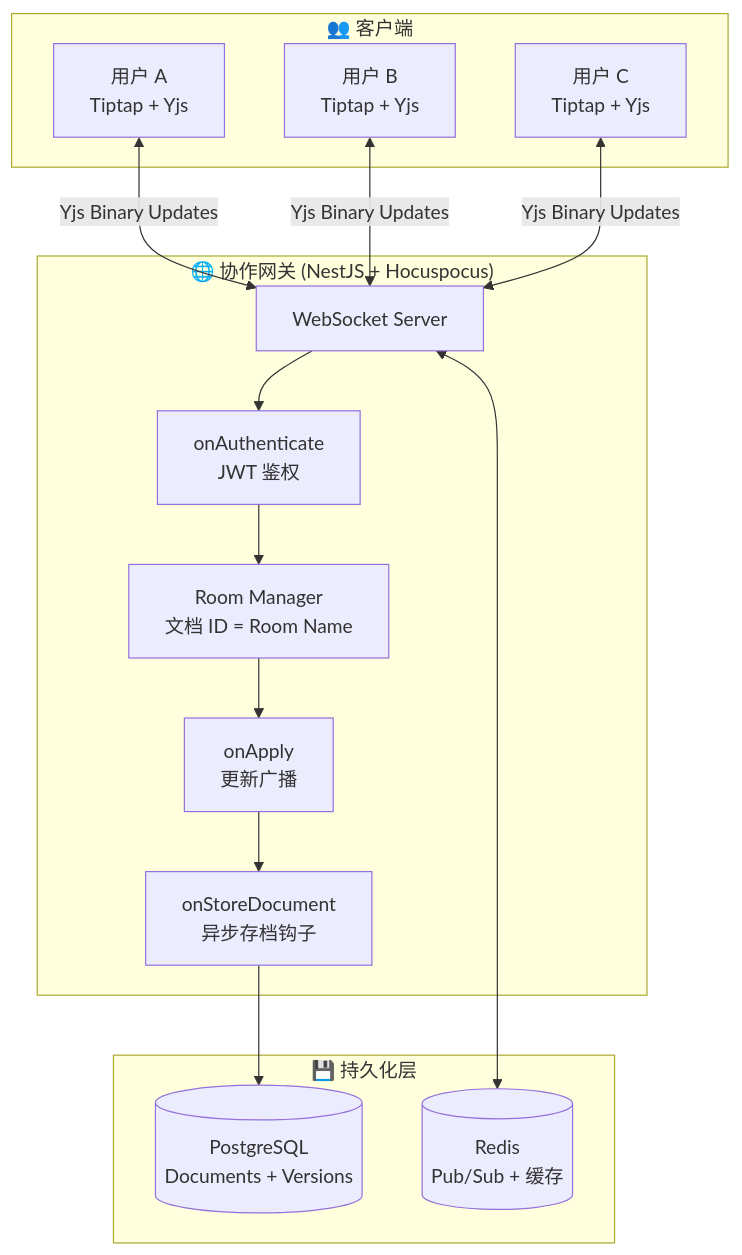
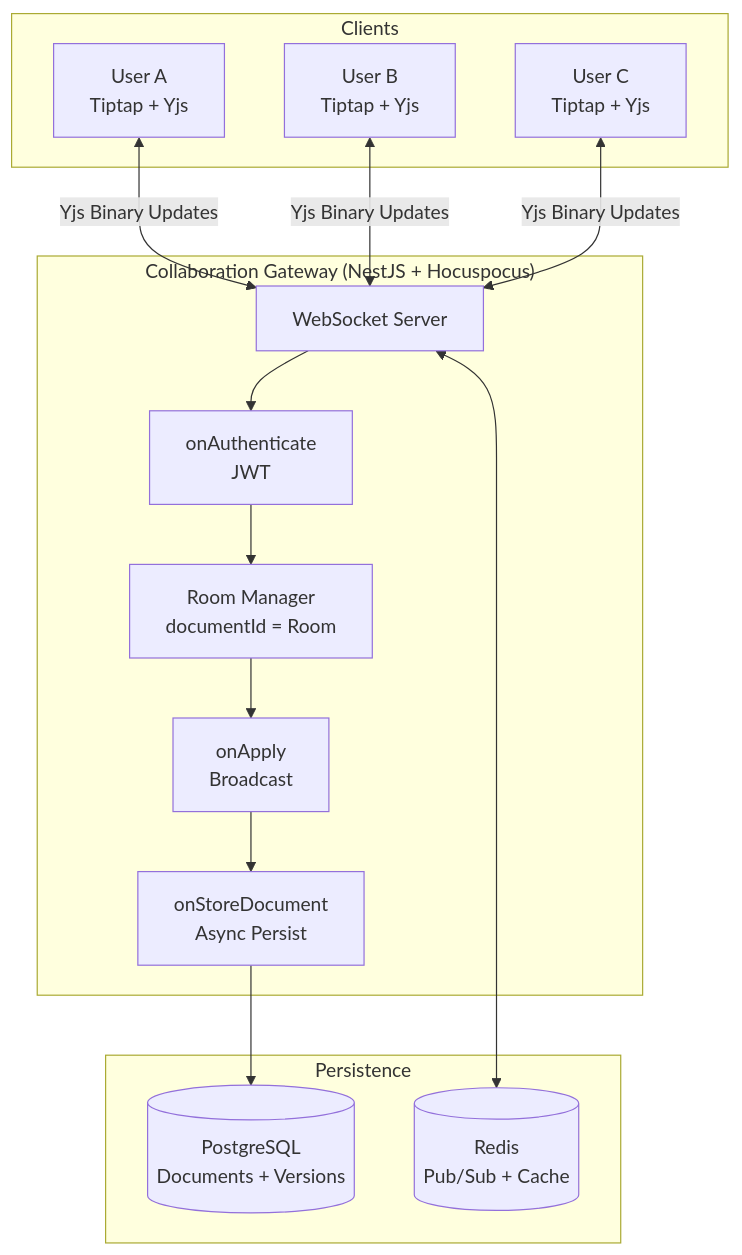
The second of 12 diagrams in README.md (monazite1s/SyncDoc), drawn with Mermaid before and after one commit. The commit also changed other lines of this file and 112 other files, not shown here.

````diff
--- a/README.md
+++ b/README.md
@@ -111,32 +306,32 @@
 ```mermaid
 graph TB
-    subgraph Clients["👥 客户端"]
-        U1["用户 A<br/>Tiptap + Yjs"]
-        U2["用户 B<br/>Tiptap + Yjs"]
-        U3["用户 C<br/>Tiptap + Yjs"]
+    subgraph Clients["Clients"]
+        U1["User A<br/>Tiptap + Yjs"]
+        U2["User B<br/>Tiptap + Yjs"]
+        U3["User C<br/>Tiptap + Yjs"]
     end
 
-    subgraph Gateway["🌐 协作网关 (NestJS + Hocuspocus)"]
+    subgraph Gateway["Collaboration Gateway (NestJS + Hocuspocus)"]
         WS["WebSocket Server"]
-        AUTH["onAuthenticate<br/>JWT 鉴权"]
-        ROOM["Room Manager<br/>文档 ID = Room Name"]
-        STORE["onStoreDocument<br/>异步存档钩子"]
-        APPLY["onApply<br/>更新广播"]
+        AUTH["onAuthenticate<br/>JWT"]
+        ROOM["Room Manager<br/>documentId = Room"]
+        STORE["onStoreDocument<br/>Async Persist"]
+        APPLY["onApply<br/>Broadcast"]
     end
 
-    subgraph Persistence["💾 持久化层"]
+    subgraph Persistence["Persistence"]
         PG[(PostgreSQL<br/>Documents + Versions)]
-        RD[(Redis<br/>Pub/Sub + 缓存)]
+        RD[(Redis<br/>Pub/Sub + Cache)]
     end
 
     U1 <-->|"Yjs Binary Updates"| WS
     U2 <-->|"Yjs Binary Updates"| WS
     U3 <-->|"Yjs Binary Updates"| WS
 
     WS --> AUTH
     AUTH --> ROOM
     ROOM --> APPLY
     APPLY --> STORE
     STORE --> PG
     WS <--> RD
 ```
````
